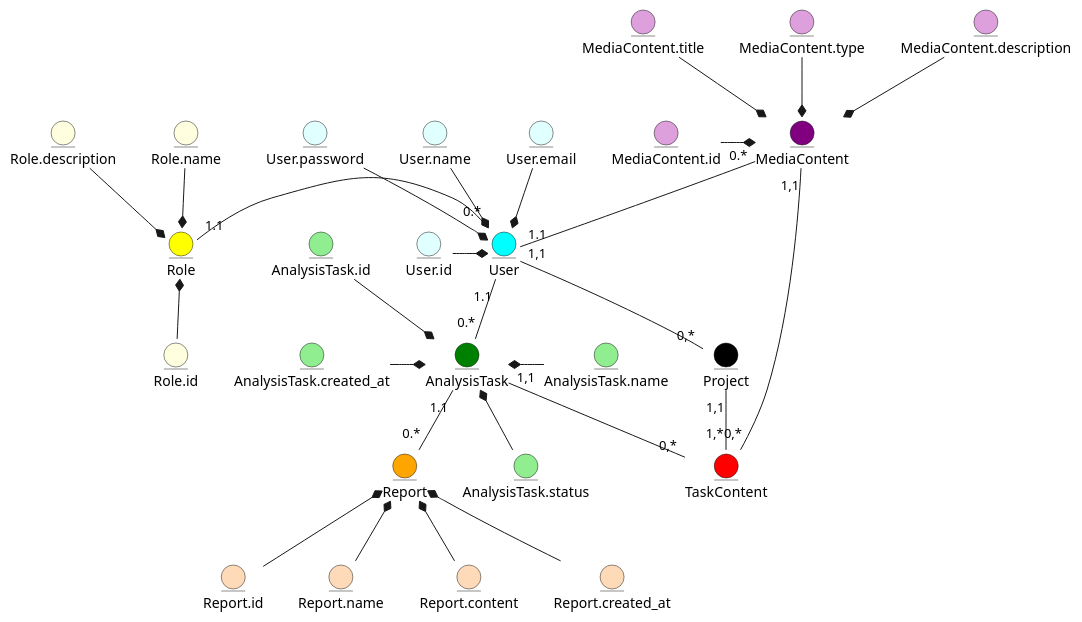
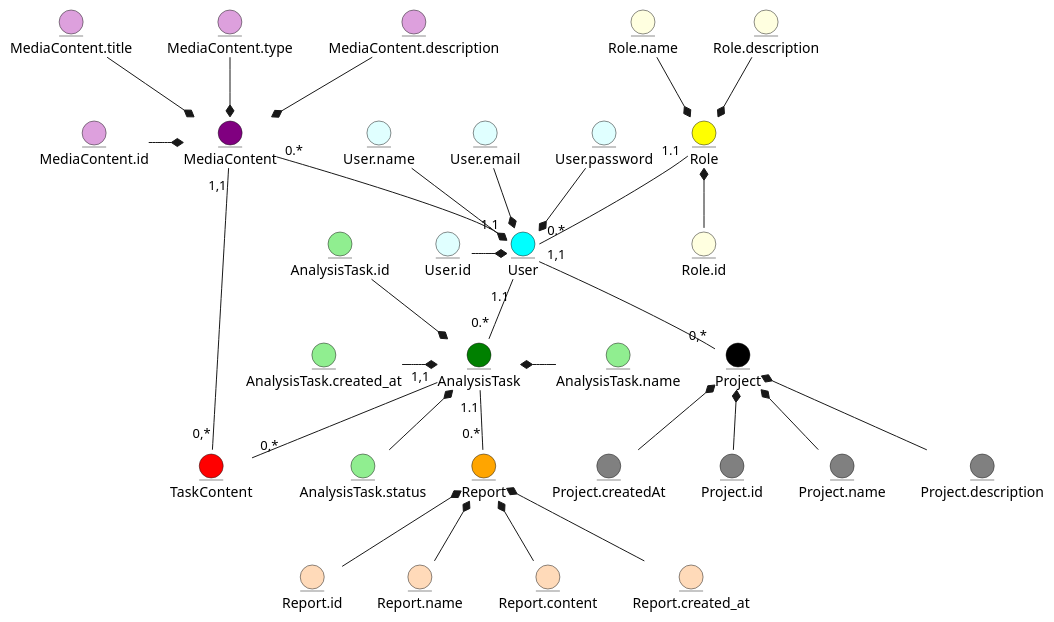
One commit to zhkcll/lab6 changed the diagram in docs/design.md. Above: the diagram before and after it, drawn with PlantUML.

````diff
--- a/docs/design.md
+++ b/docs/design.md
@@ -5,70 +5,79 @@
 ```plantuml
 @startuml
 
 entity User #cyan
 entity User.id #lightCyan
 entity User.name #lightCyan
 entity User.email #lightCyan
 entity User.password #lightCyan
 
 User.id -r-* User
 User.name --* User
 User.email --* User
 User.password --* User
 
 entity Role #yellow
 entity Role.name #lightYellow
 entity Role.description #lightYellow
 entity Role.id #lightYellow
 
 Role.name --* Role
 Role.description --* Role
 Role.id -u-* Role
 
 entity MediaContent #purple
 entity MediaContent.id #plum
 entity MediaContent.title #plum
 entity MediaContent.type #plum
 entity MediaContent.description #plum
 
 MediaContent.id -r-* MediaContent
 MediaContent.title --* MediaContent
 MediaContent.type --* MediaContent
 MediaContent.description --* MediaContent
 
 entity AnalysisTask #green
 entity AnalysisTask.id #lightGreen
 entity AnalysisTask.name #lightGreen
 entity AnalysisTask.status #lightGreen
 entity AnalysisTask.created_at #lightGreen
 
 AnalysisTask.id --* AnalysisTask
 AnalysisTask.name -l-* AnalysisTask
 AnalysisTask.status -u-* AnalysisTask
 AnalysisTask.created_at -r-* AnalysisTask
 
 entity Report #orange
 entity Report.id #peachPuff
 entity Report.name #peachPuff
 entity Report.content #peachPuff
 entity Report.created_at #peachPuff
 
 Report.id -u-* Report
 Report.name -u-* Report
 Report.content -u-* Report
 Report.created_at -u-* Report
 
-User "0.*" -l- "1.1" Role
+User "0.*" -u- "1.1" Role
 User "1.1" -- "0.*" AnalysisTask
 MediaContent "0.*" -- "1.1" User
 AnalysisTask "1.1" -- "0.*" Report
 
 entity Project #black
+entity Project.id #gray
+entity Project.name #gray
+entity Project.description #gray
+entity Project.createdAt #gray
+
+Project.id -u-* Project
+Project.name -u-* Project
+Project.description -u-* Project
+Project.createdAt -u-* Project
+
 entity TaskContent #red
 User "1,1" -- "0,*" Project
 MediaContent "1,1" -- "0,*" TaskContent
 AnalysisTask "1,1" -- "0,*" TaskContent
-Project "1,1" -- "1,*" TaskContent
 
 @enduml
 ```
````
